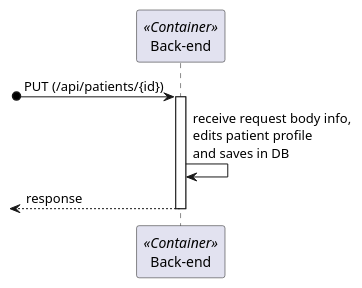
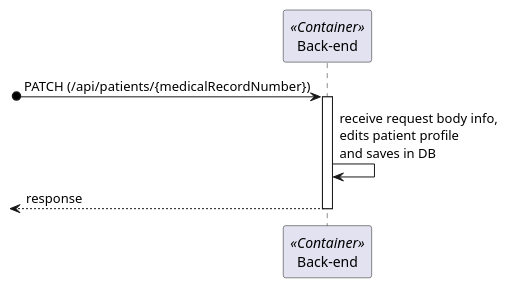
Before and after one commit to Rodrick0209/ISEP-SEM5PI-24-25: the diagram in docs/Sprint_1/US_5.1.9/L2/Process_View.puml, drawn with PlantUML. The commit also changed 3 other files, not shown here.

```diff
--- a/docs/Sprint_1/US_5.1.9/L2/Process_View.puml
+++ b/docs/Sprint_1/US_5.1.9/L2/Process_View.puml
@@ -2,9 +2,9 @@
 @startuml Process_View
 participant "Back-end" as BE <<Container>>
 
-[o-> BE: PUT (/api/patients/{id})
+[o-> BE: PATCH (/api/patients/{medicalRecordNumber})
 activate BE
 BE -> BE: receive request body info,\nedits patient profile\nand saves in DB
 <-- BE: response
 deactivate BE
 @enduml
```
